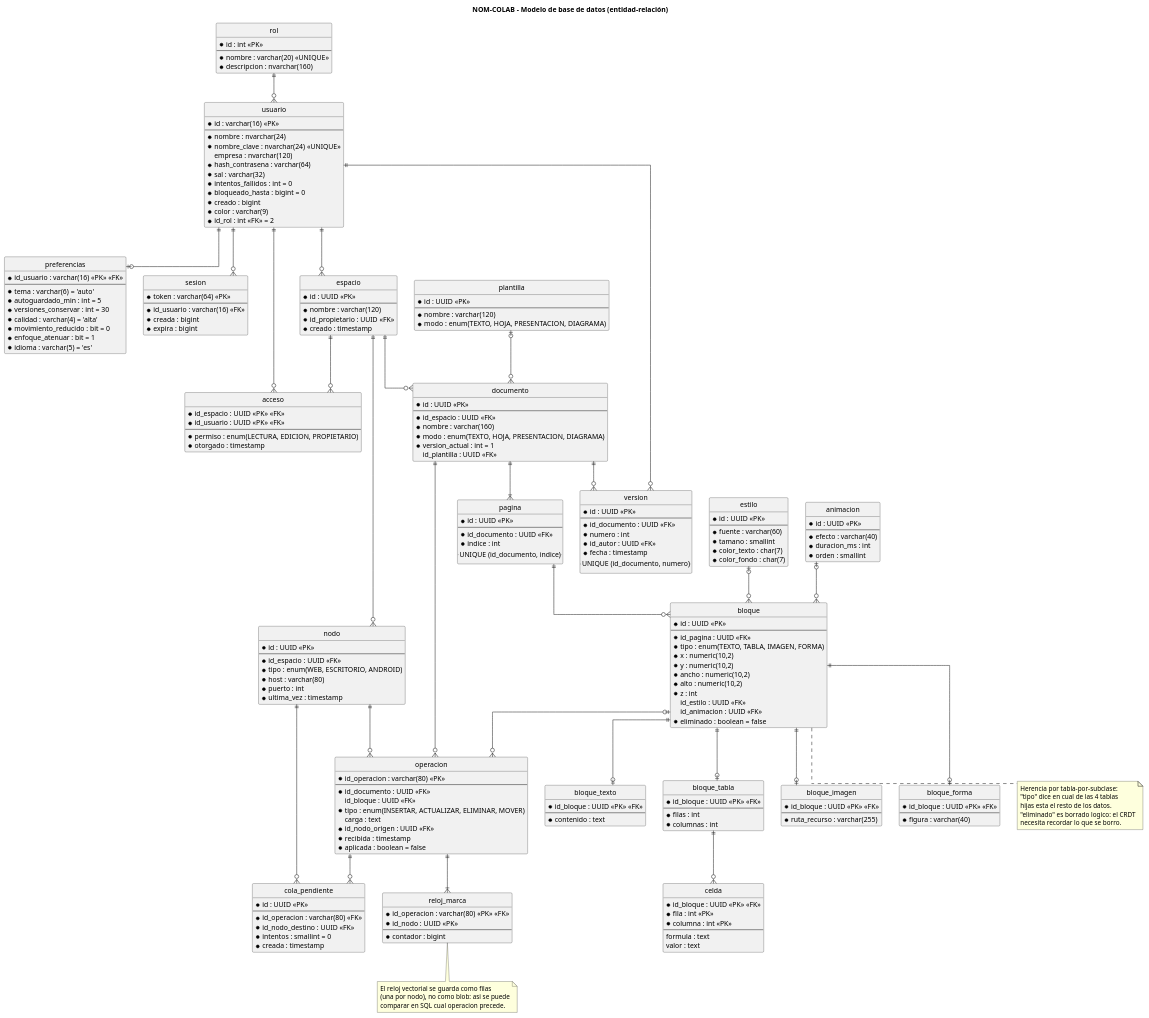
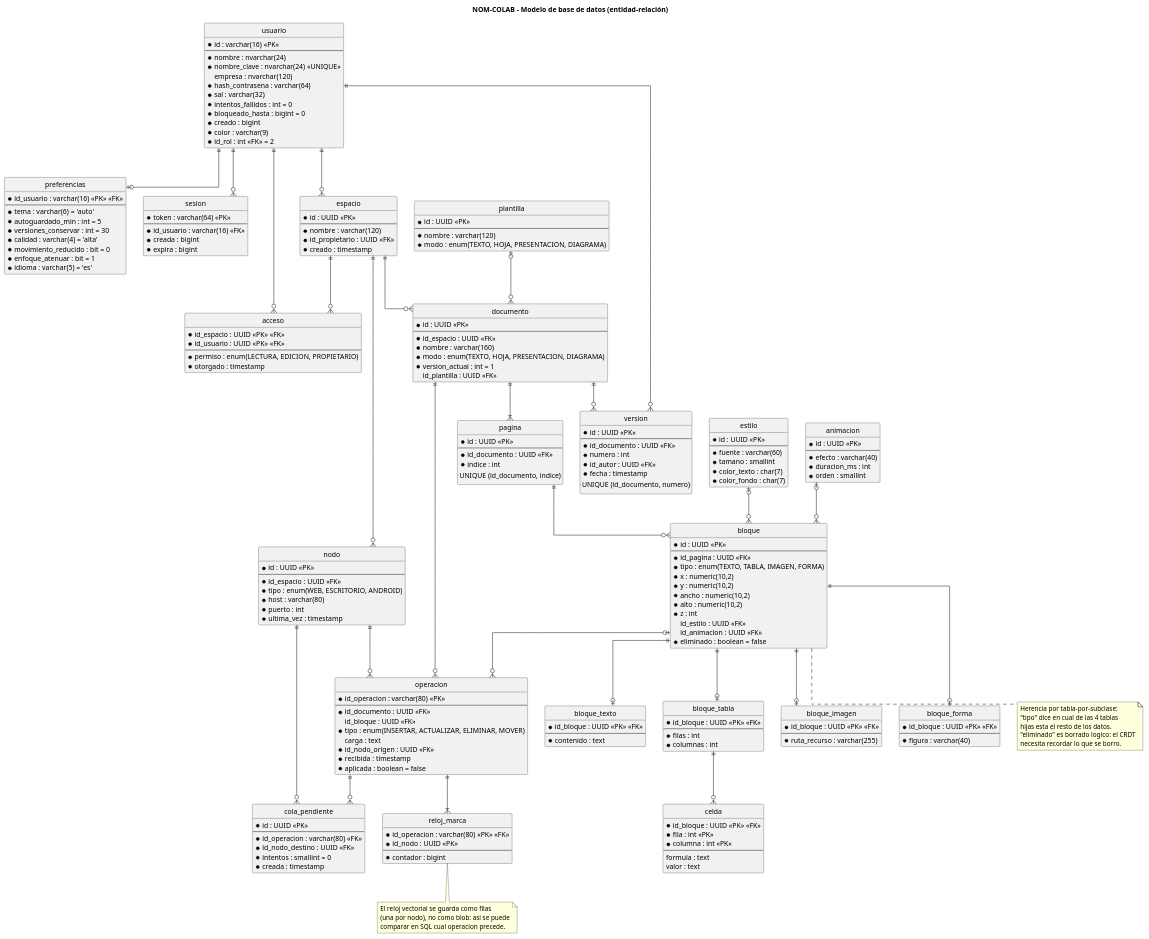
The diagram in 4-CODIGO/diagramas/src/12-modelo-datos.puml (TruTruMaster/NOM-COLAB), drawn with PlantUML before and after one commit. The commit also changed 105 other files, not shown here.

```diff
--- a/4-CODIGO/diagramas/src/12-modelo-datos.puml
+++ b/4-CODIGO/diagramas/src/12-modelo-datos.puml
@@ -5,14 +5,6 @@
 hide circle
 
 ' ===================== CUENTAS =====================
-entity "rol" as rol {
-  * id : int <<PK>>
-  --
-  * nombre : varchar(20) <<UNIQUE>>
-  ' ADMINISTRADOR | USUARIO
-  * descripcion : nvarchar(160)
-}
-
 entity "usuario" as usuario {
   * id : varchar(16) <<PK>>
   --
@@ -208,7 +200,6 @@
 }
 
 ' ===================== RELACIONES =====================
-rol ||--o{ usuario
 usuario ||--o| pref
 usuario ||--o{ sesion
 usuario ||--o{ espacio
```
